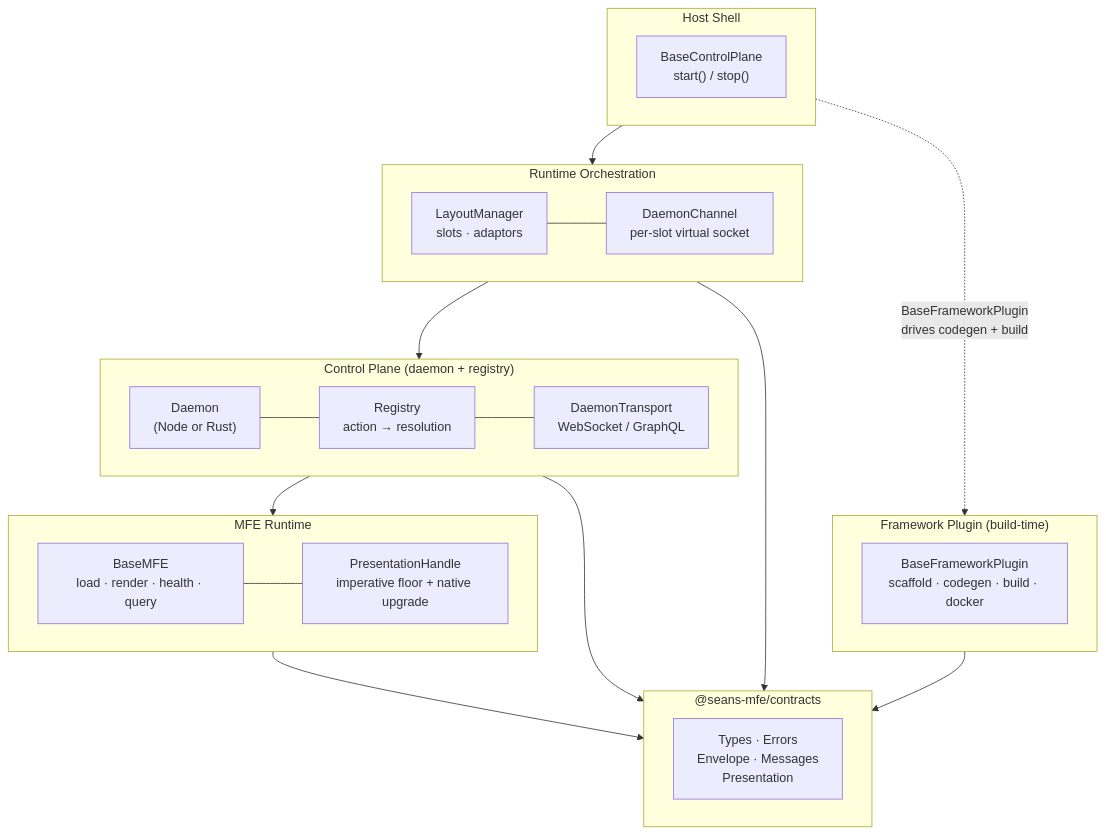
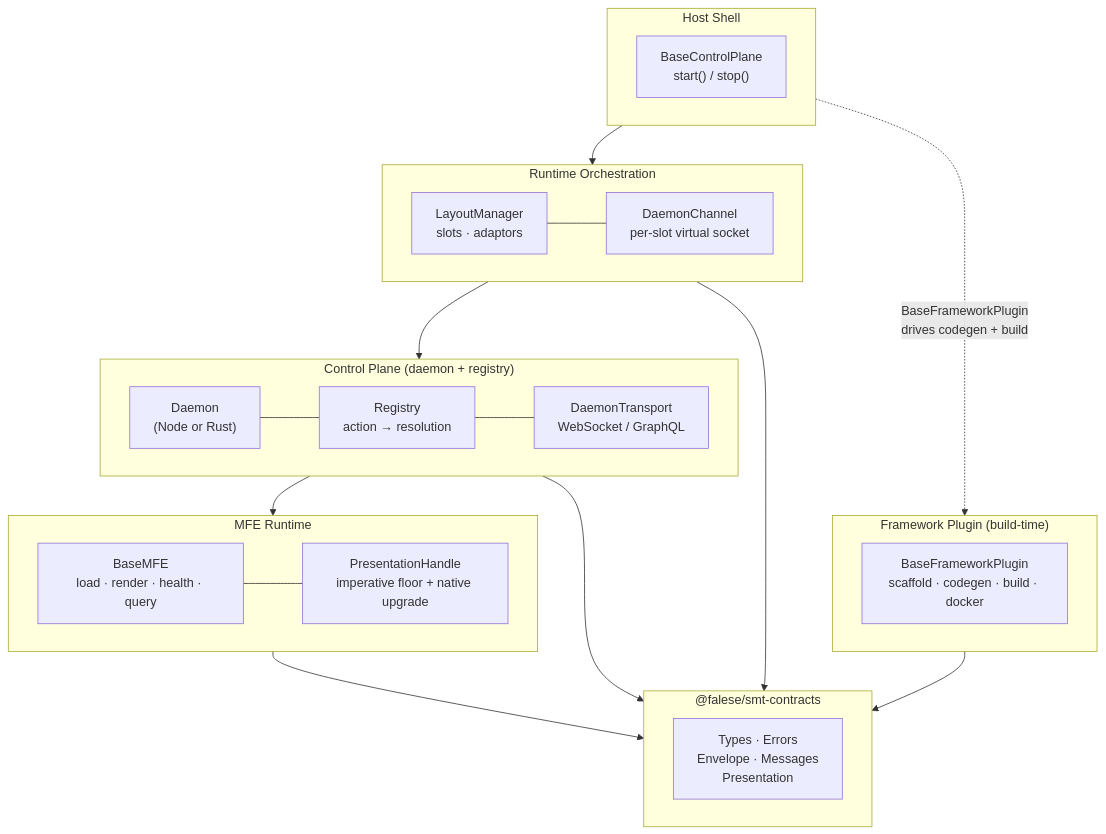
The first of 24 diagrams in docs/architecture-whitepaper.md (falese/seans-mfe-tool), drawn with Mermaid before and after one commit. The commit also changed other lines of this file and 427 other files, not shown here.

First line of the commit message:
refactor!: rename platform packages to @falese/smt-* (ADR-083)

````diff
--- a/docs/architecture-whitepaper.md
+++ b/docs/architecture-whitepaper.md
@@ -82,49 +82,49 @@
 ```mermaid
 flowchart TB
     subgraph HOST["Host Shell"]
         direction LR
         CP["BaseControlPlane\nstart() / stop()"]
     end
 
     subgraph ORCHESTRATION["Runtime Orchestration"]
         direction LR
         LM["LayoutManager\nslots · adaptors"]
         DC["DaemonChannel\nper-slot virtual socket"]
         LM --- DC
     end
 
     subgraph CONTROLPLANE["Control Plane (daemon + registry)"]
         direction LR
         D["Daemon\n(Node or Rust)"]
         R["Registry\naction → resolution"]
         T["DaemonTransport\nWebSocket / GraphQL"]
         D --- R
         R --- T
     end
 
     subgraph MFE["MFE Runtime"]
         direction LR
         BMFE["BaseMFE\nload · render · health · query"]
         PH["PresentationHandle\nimperative floor + native upgrade"]
         BMFE --- PH
     end
 
-    subgraph CONTRACTS["@seans-mfe/contracts"]
+    subgraph CONTRACTS["@falese/smt-contracts"]
         direction LR
         TYPES["Types · Errors\nEnvelope · Messages\nPresentation"]
     end
 
     HOST --> ORCHESTRATION
     ORCHESTRATION --> CONTROLPLANE
     CONTROLPLANE --> MFE
     MFE --> CONTRACTS
     ORCHESTRATION --> CONTRACTS
     CONTROLPLANE --> CONTRACTS
 
     subgraph PLUGIN["Framework Plugin (build-time)"]
         FP["BaseFrameworkPlugin\nscaffold · codegen · build · docker"]
     end
 
     HOST -.->|"BaseFrameworkPlugin\ndrives codegen + build"| PLUGIN
     PLUGIN --> CONTRACTS
 ```
````
